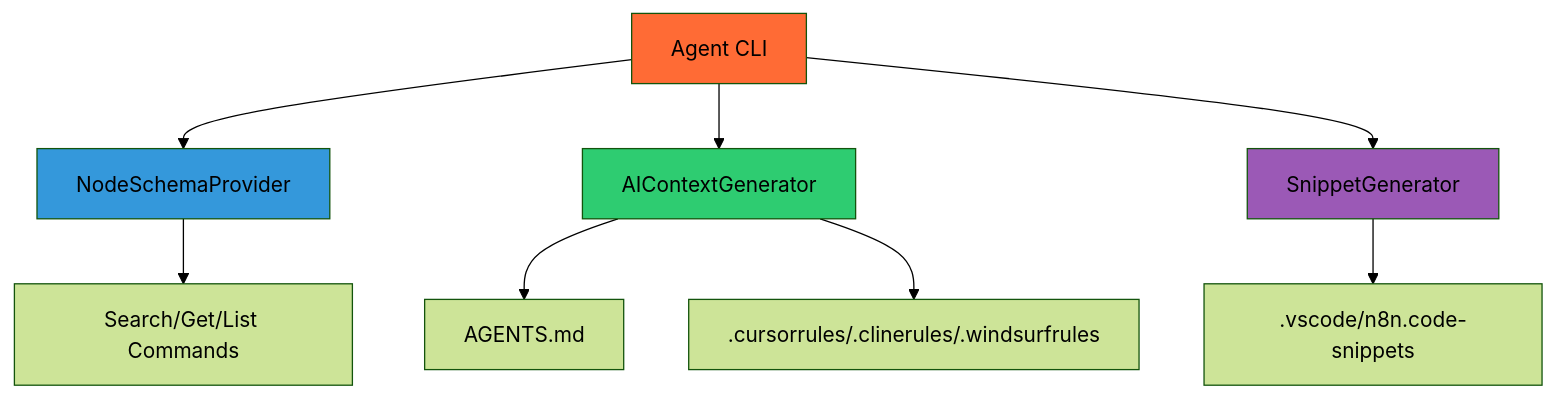
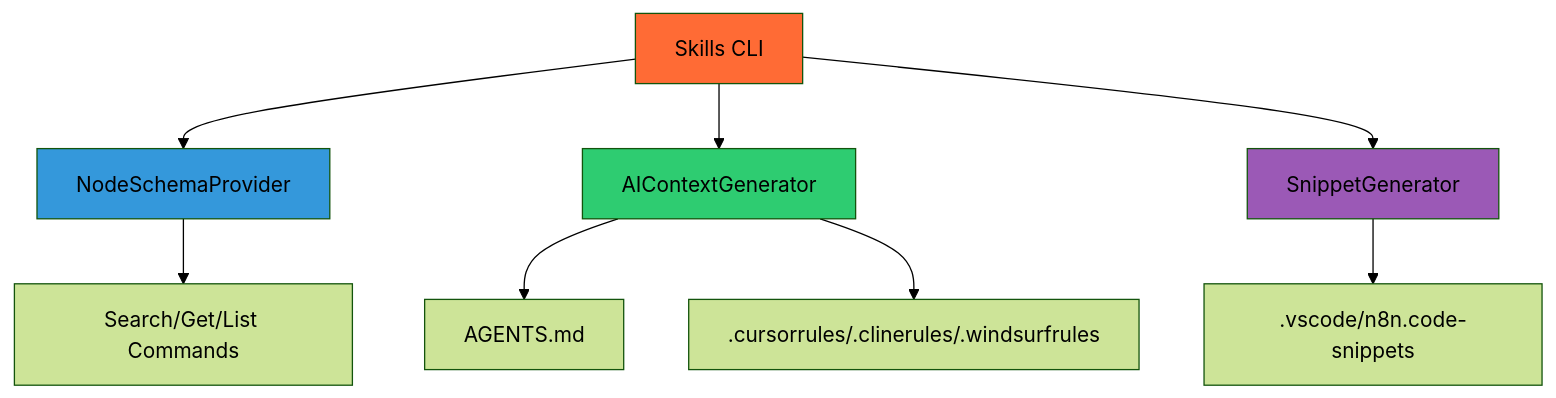
One commit to EtienneLescot/n8n-as-code changed the diagram in docs/docs/contribution/skills.md. Above: the diagram before and after it, drawn with Mermaid (forest theme). The commit also changed other lines of this file and 70 other files, not shown here.

First line of the commit message:
Refactor package names from core to sync and agent-cli to skills

````diff
--- a/docs/docs/contribution/skills.md
+++ b/docs/docs/contribution/skills.md
@@ -22,16 +22,16 @@
 ```mermaid
 graph TD
-    A[Agent CLI] --> B[NodeSchemaProvider]
+    A[Skills CLI] --> B[NodeSchemaProvider]
     A --> C[AIContextGenerator]
     A --> D[SnippetGenerator]
     
     B --> E[Search/Get/List Commands]
     C --> F[AGENTS.md]
     C --> G[.cursorrules/.clinerules/.windsurfrules]
     D --> H[.vscode/n8n.code-snippets]
     
     style A fill:#ff6b35
     style B fill:#3498db
     style C fill:#2ecc71
     style D fill:#9b59b6
 ```
````
